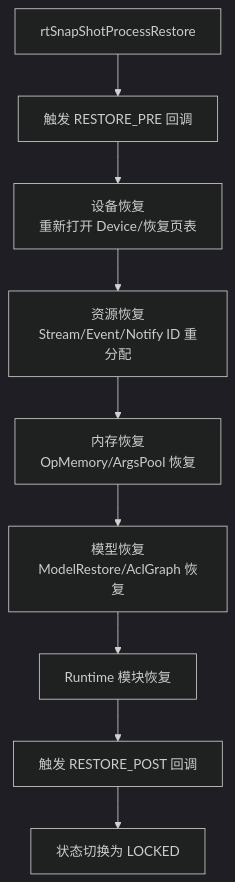
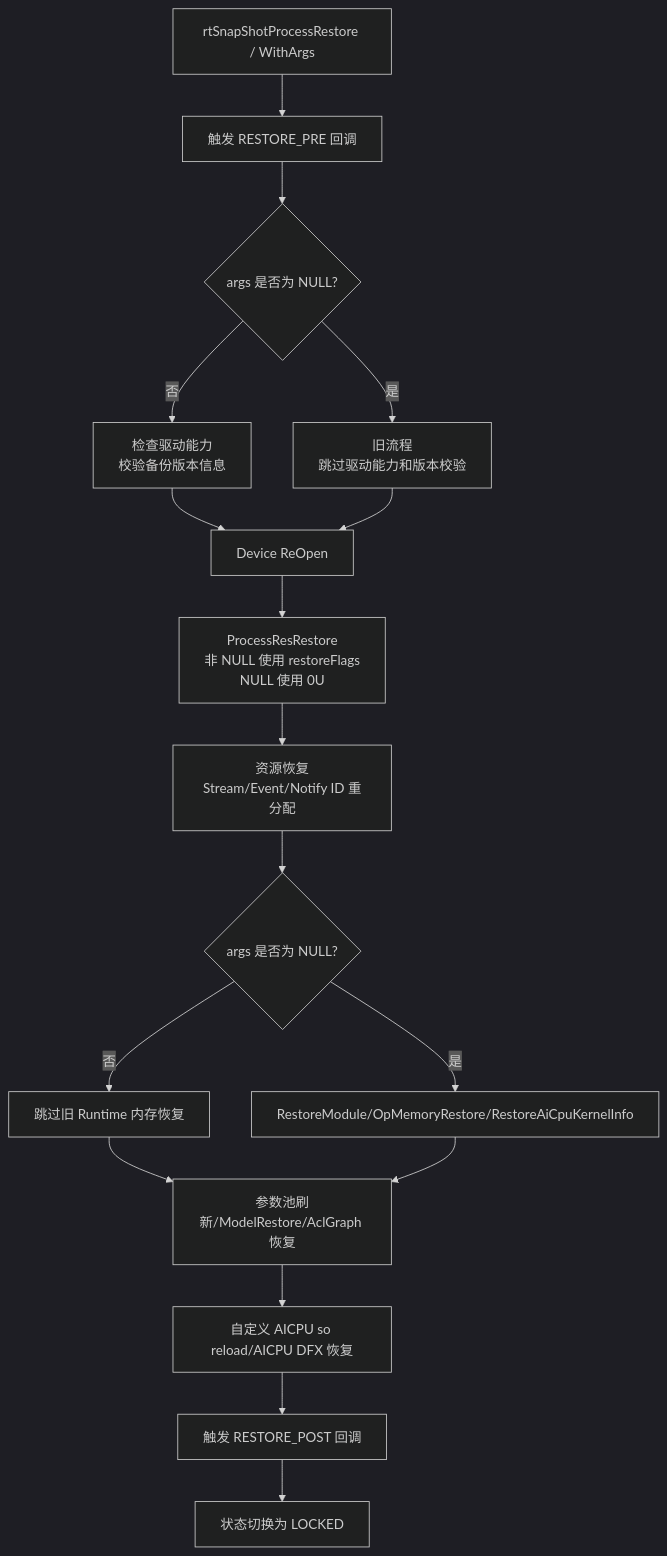
The fifth of 10 diagrams in docs/zh/design/features/snapshot.md (hicann/runtime), drawn with Mermaid (dark theme) before and after one commit. The commit also changed other lines of this file and 101 other files, not shown here.

````diff
--- a/docs/zh/design/features/snapshot.md
+++ b/docs/zh/design/features/snapshot.md
@@ -226,11 +300,19 @@
 ```mermaid
 flowchart TD
-    A[rtSnapShotProcessRestore] --> B[触发 RESTORE_PRE 回调]
-    B --> C[设备恢复<br/>重新打开 Device/恢复页表]
-    C --> D[资源恢复<br/>Stream/Event/Notify ID 重分配]
-    D --> E[内存恢复<br/>OpMemory/ArgsPool 恢复]
-    E --> F[模型恢复<br/>ModelRestore/AclGraph 恢复]
-    F --> G[Runtime 模块恢复]
-    G --> H[触发 RESTORE_POST 回调]
-    H --> I[状态切换为 LOCKED]
+    A[rtSnapShotProcessRestore / WithArgs] --> B[触发 RESTORE_PRE 回调]
+    B --> C{args 是否为 NULL?}
+    C -- 否 --> D[检查驱动能力<br/>校验备份版本信息]
+    C -- 是 --> E[旧流程<br/>跳过驱动能力和版本校验]
+    D --> F[Device ReOpen]
+    E --> F
+    F --> G[ProcessResRestore<br/>非 NULL 使用 restoreFlags<br/>NULL 使用 0U]
+    G --> H[资源恢复<br/>Stream/Event/Notify ID 重分配]
+    H --> I{args 是否为 NULL?}
+    I -- 否 --> J[跳过旧 Runtime 内存恢复]
+    I -- 是 --> K[RestoreModule/OpMemoryRestore/RestoreAiCpuKernelInfo]
+    J --> L[参数池刷新/ModelRestore/AclGraph 恢复]
+    K --> L
+    L --> M[自定义 AICPU so reload/AICPU DFX 恢复]
+    M --> N[触发 RESTORE_POST 回调]
+    N --> O[状态切换为 LOCKED]
 ```
````
